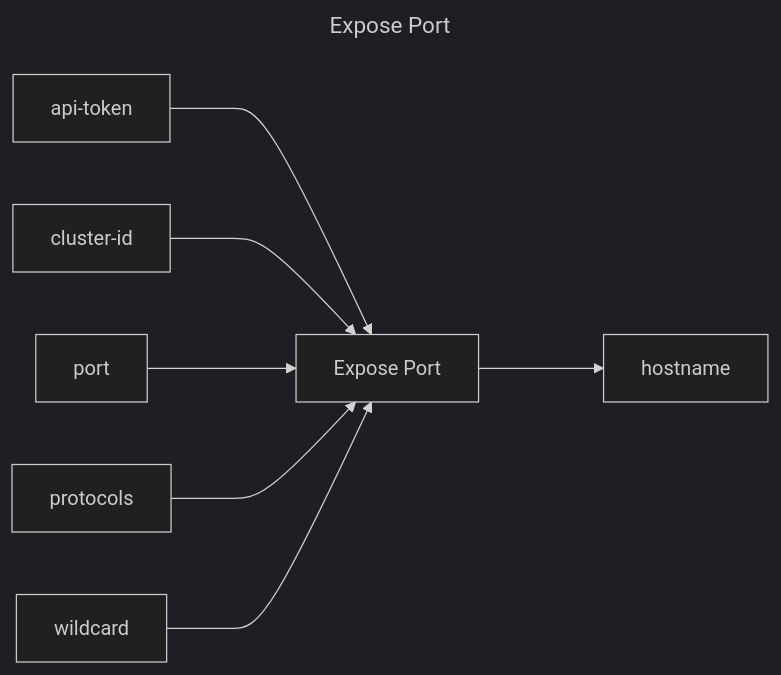
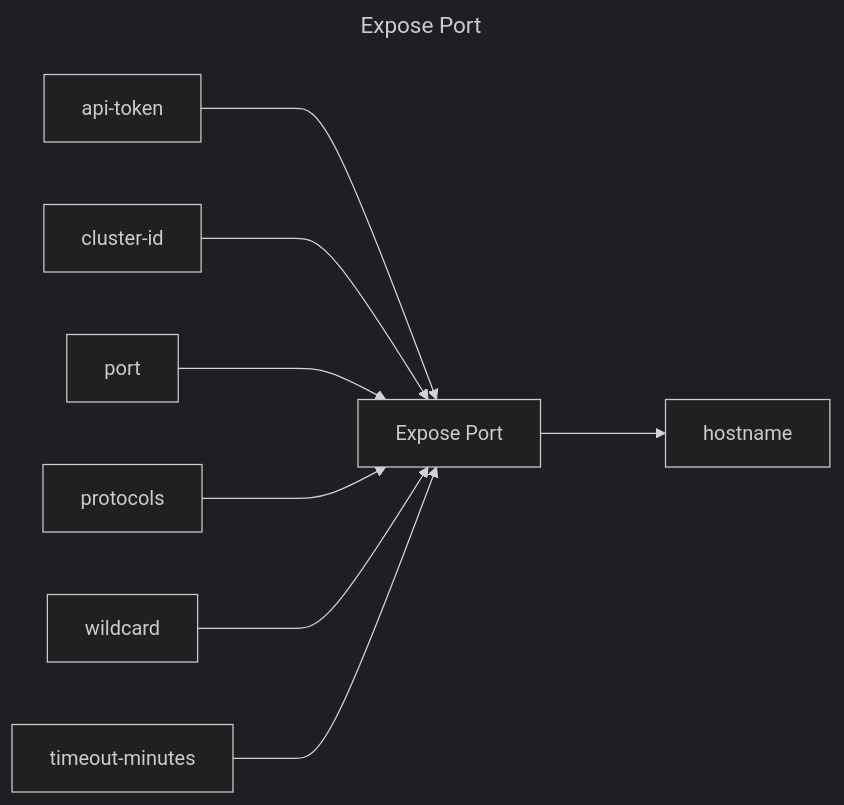
Before and after one commit to replicatedhq/replicated-actions: the diagram in expose-port/README.md, drawn with Mermaid (dark theme). The commit also changed other lines of this file and 35 other files, not shown here.

````diff
--- a/expose-port/README.md
+++ b/expose-port/README.md
@@ -3,19 +3,21 @@
 ```mermaid
 ---
 title: Expose Port
 ---
 graph LR
 expose_port["Expose Port"]
 api_token["api-token"]
 cluster_id["cluster-id"]
 port["port"]
 protocols["protocols"]
 wildcard["wildcard"]
+timeout_minutes["timeout-minutes"]
 hostname["hostname"]
 api_token ---> expose_port
 cluster_id ---> expose_port
 port ---> expose_port
 protocols ---> expose_port
 wildcard ---> expose_port
+timeout_minutes ---> expose_port
 expose_port ---> hostname
 ```
````
